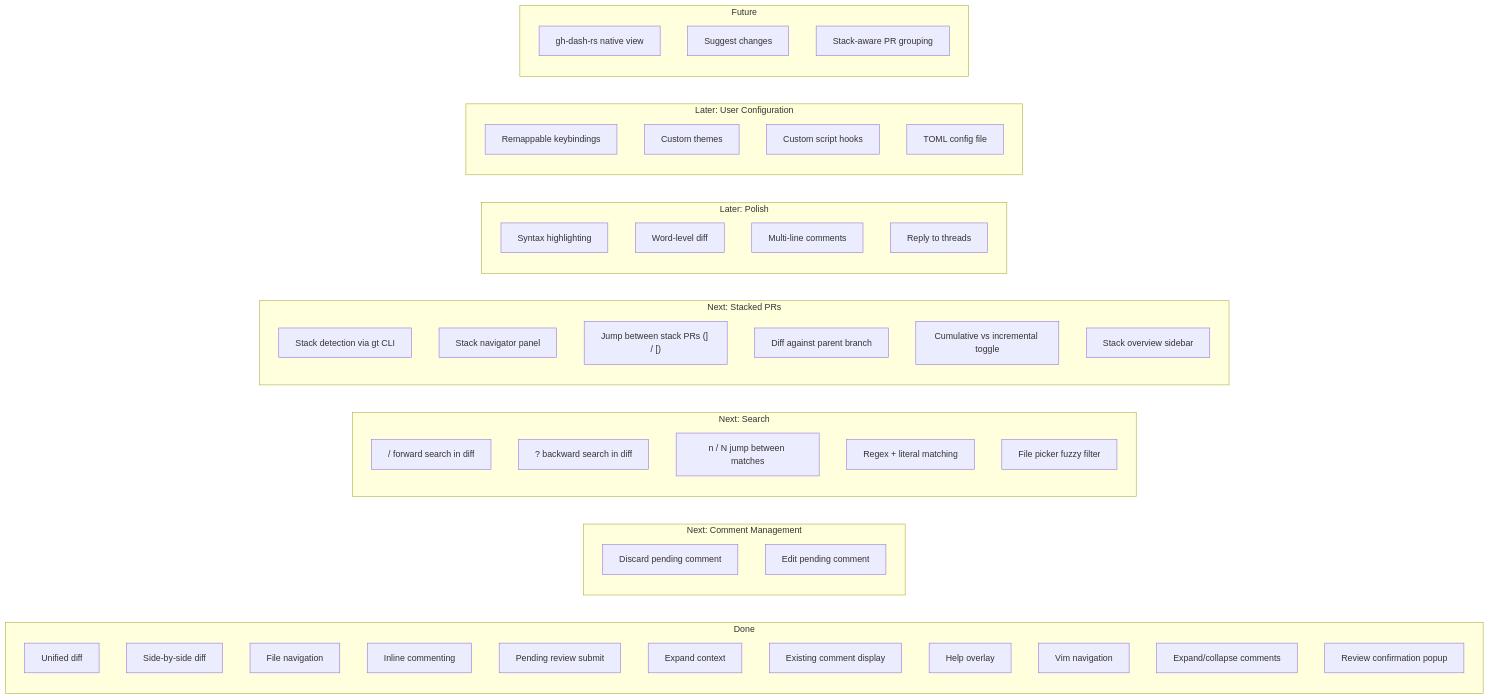
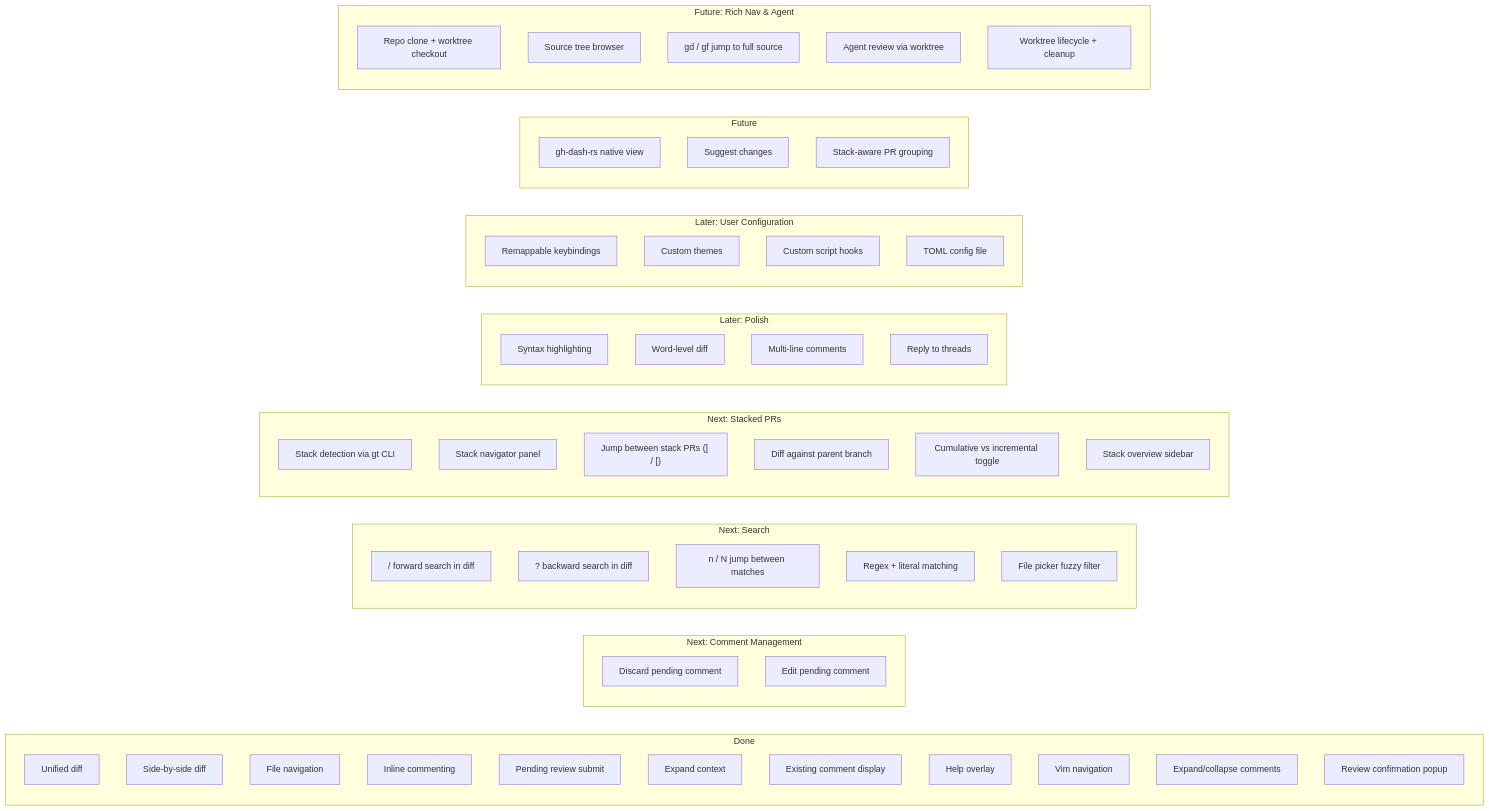
One commit to Neville-Loh/gh-review changed diagram 11 of 11 in docs/ROADMAP.md. Above: the diagram before and after it, drawn with Mermaid. The commit also changed other lines of this file, not shown here.

Commit message:
update roadmap to include rich navigation

````diff
--- a/docs/ROADMAP.md
+++ b/docs/ROADMAP.md
@@ -265,58 +323,66 @@
 ```mermaid
 graph LR
     subgraph done [Done]
         F1[Unified diff]
         F2[Side-by-side diff]
         F3[File navigation]
         F4[Inline commenting]
         F5[Pending review submit]
         F6[Expand context]
         F7[Existing comment display]
         F8[Help overlay]
         Fv[Vim navigation]
         Fec[Expand/collapse comments]
         Frc[Review confirmation popup]
     end
 
     subgraph next25 [Next: Comment Management]
         Fd[Discard pending comment]
         Fe[Edit pending comment]
     end
 
     subgraph next26 [Next: Search]
         Fs1["/ forward search in diff"]
         Fs2["? backward search in diff"]
         Fs3["n / N jump between matches"]
         Fs4[Regex + literal matching]
         Fs5[File picker fuzzy filter]
     end
 
     subgraph next [Next: Stacked PRs]
         F9[Stack detection via gt CLI]
         F10[Stack navigator panel]
         F11["Jump between stack PRs (] / [)"]
         F12[Diff against parent branch]
         F13[Cumulative vs incremental toggle]
         F14[Stack overview sidebar]
     end
 
     subgraph later [Later: Polish]
         F15[Syntax highlighting]
         F16[Word-level diff]
         F17[Multi-line comments]
         F18[Reply to threads]
     end
 
     subgraph later45 [Later: User Configuration]
         F19[Remappable keybindings]
         F19b[Custom themes]
         F19c[Custom script hooks]
         F19d[TOML config file]
     end
 
     subgraph future [Future]
         F20[gh-dash-rs native view]
         F21[Suggest changes]
         F22[Stack-aware PR grouping]
     end
+
+    subgraph future6 [Future: Rich Nav & Agent]
+        F23[Repo clone + worktree checkout]
+        F24[Source tree browser]
+        F25["gd / gf jump to full source"]
+        F26[Agent review via worktree]
+        F27[Worktree lifecycle + cleanup]
+    end
 ```
````
